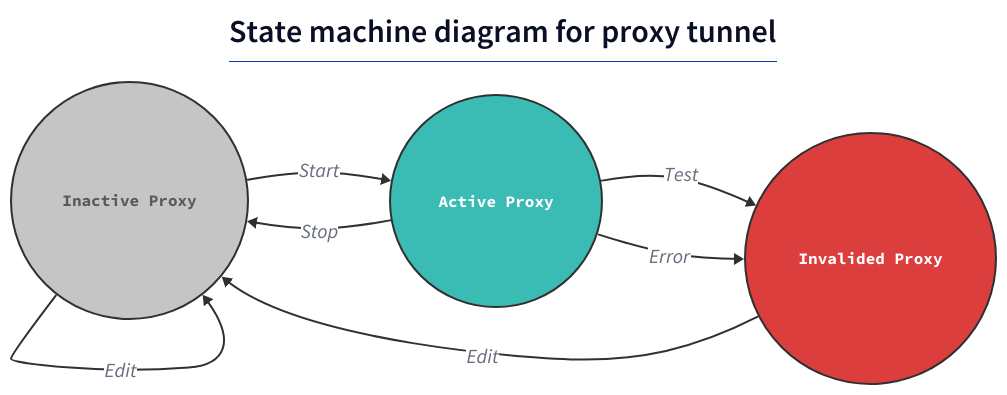
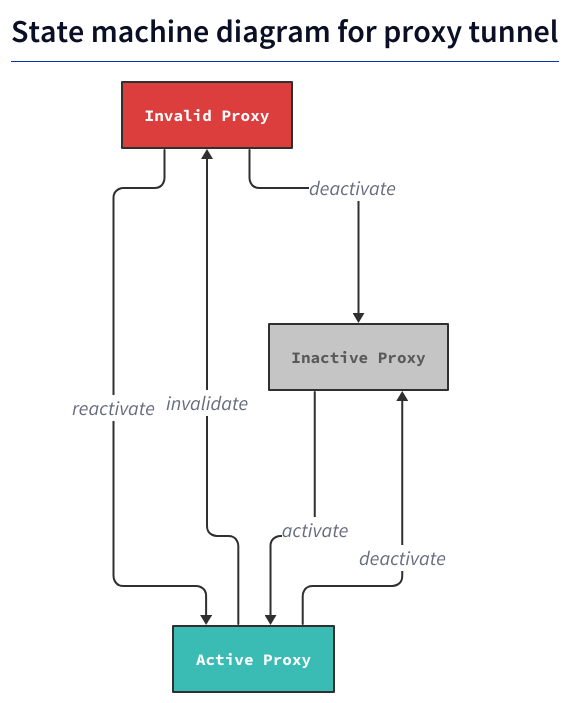
Before and after one commit to caffellatte/proxymate: the diagram in .d2/fsm.d2, drawn with D2. The commit also changed 1 other file, not shown here.

Commit message:
Updated: State machine diagram for proxy tunnel
* Updated: State machine diagram for proxy tunnel (.d2/fsm.d2, .d2/fsm.svg).

```diff
--- a/.d2/fsm.d2
+++ b/.d2/fsm.d2
@@ -1,85 +1,85 @@
 # Config
 vars: {
   d2-config: {
-    layout-engine: dagre
+    layout-engine: elk # dagre
   }
 }
 
 explain: |md
   # State machine diagram for proxy tunnel
 | {
   near: top-center
 }
 
 inactive: Inactive Proxy
-inactive.shape: circle
+inactive.shape: rectangle
 inactive.style {
   font: mono
   font-color: "#595959"
   fill: "#C5C5C5"
   stroke: "#303030"
   stroke-width: 2
 }
 
 active: Active Proxy
-active.shape: circle
+active.shape: rectangle
 active.style {
   font: mono
   font-color: "#FFFFFF"
   fill: "#3ABBB3"
   stroke: "#303030"
   stroke-width: 2
 }
 
-invalided: Invalided Proxy
-invalided.shape: circle
-invalided.style {
+invalid: Invalid Proxy
+invalid.shape: rectangle
+invalid.style {
   font: mono
   font-color: "#FFFFFF"
   fill: "#DB3E3D"
   stroke: "#303030"
   stroke-width: 2
 }
 
-direction: right
-inactive -> active: Start {
+# direction: down
+inactive -> active: activate {
   style: {
     stroke: "#303030"
     font-size: 20
   }
 }
 
-inactive -> inactive: Edit {
+# inactive -> inactive: Edit {
+#  style: {
+#    stroke: "#303030"
+#    font-size: 20
+#  }
+# }
+
+active  -> inactive: deactivate {
   style: {
     stroke: "#303030"
     font-size: 20
   }
 }
 
-active  -> inactive: Stop {
+active  -> invalid: invalidate {
   style: {
     stroke: "#303030"
     font-size: 20
   }
 }
 
-active  -> invalided: Test {
+invalid -> active: reactivate {
   style: {
     stroke: "#303030"
     font-size: 20
   }
 }
 
-active  -> invalided: Error {
+invalid  -> inactive: deactivate {
   style: {
     stroke: "#303030"
     font-size: 20
   }
 }
-
-invalided -> inactive: Edit {
-  style: {
-    stroke: "#303030"
-    font-size: 20
-  }
-}
```
